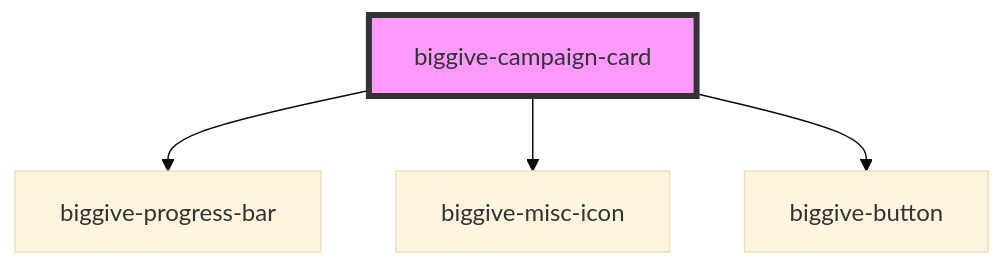
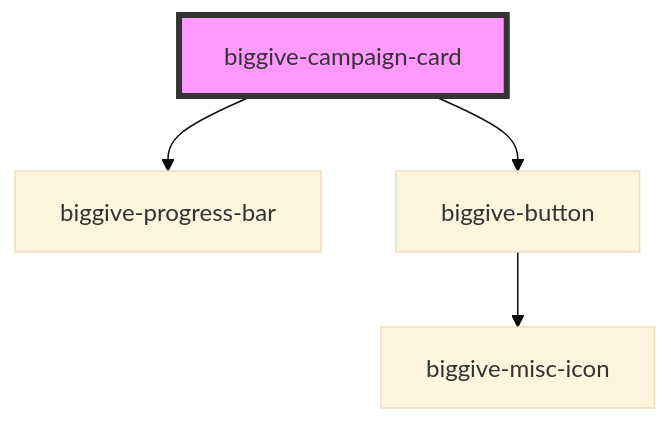
The diagram in src/components/biggive-campaign-card/readme.md (thebiggive/donate-frontend), drawn with Mermaid (base theme) before and after one commit. The commit also changed other lines of this file and 28 other files, not shown here.

````diff
--- a/src/components/biggive-campaign-card/readme.md
+++ b/src/components/biggive-campaign-card/readme.md
@@ -43,7 +42,7 @@
 ```mermaid
 graph TD;
   biggive-campaign-card --> biggive-progress-bar
-  biggive-campaign-card --> biggive-misc-icon
   biggive-campaign-card --> biggive-button
+  biggive-button --> biggive-misc-icon
   style biggive-campaign-card fill:#f9f,stroke:#333,stroke-width:4px
 ```
````
